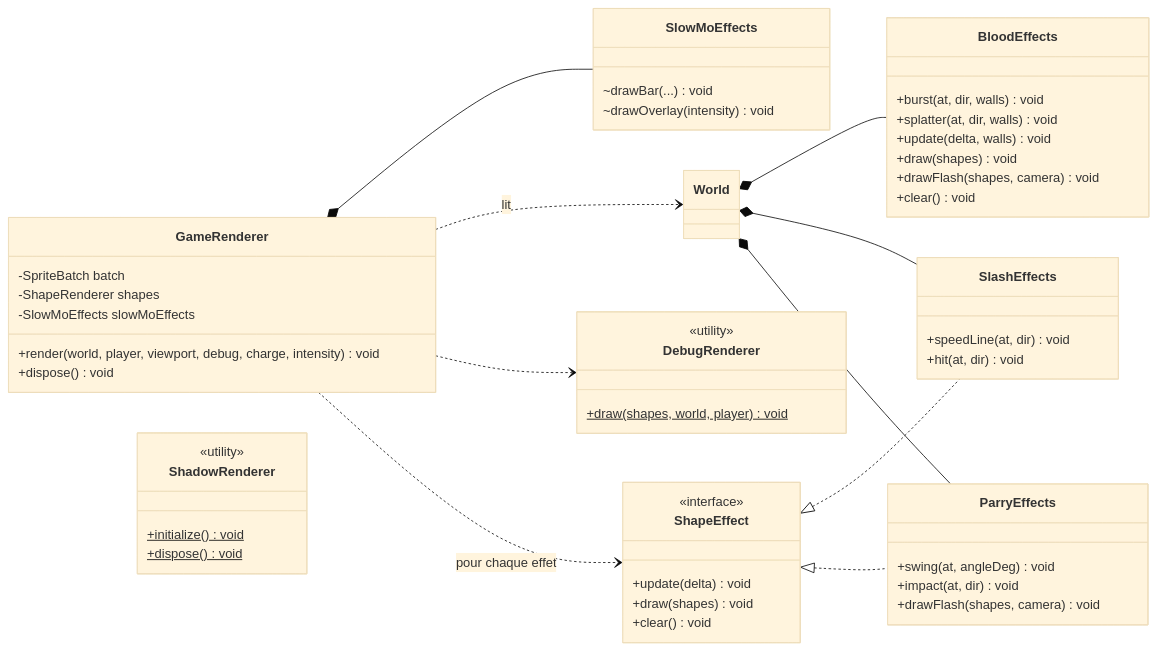
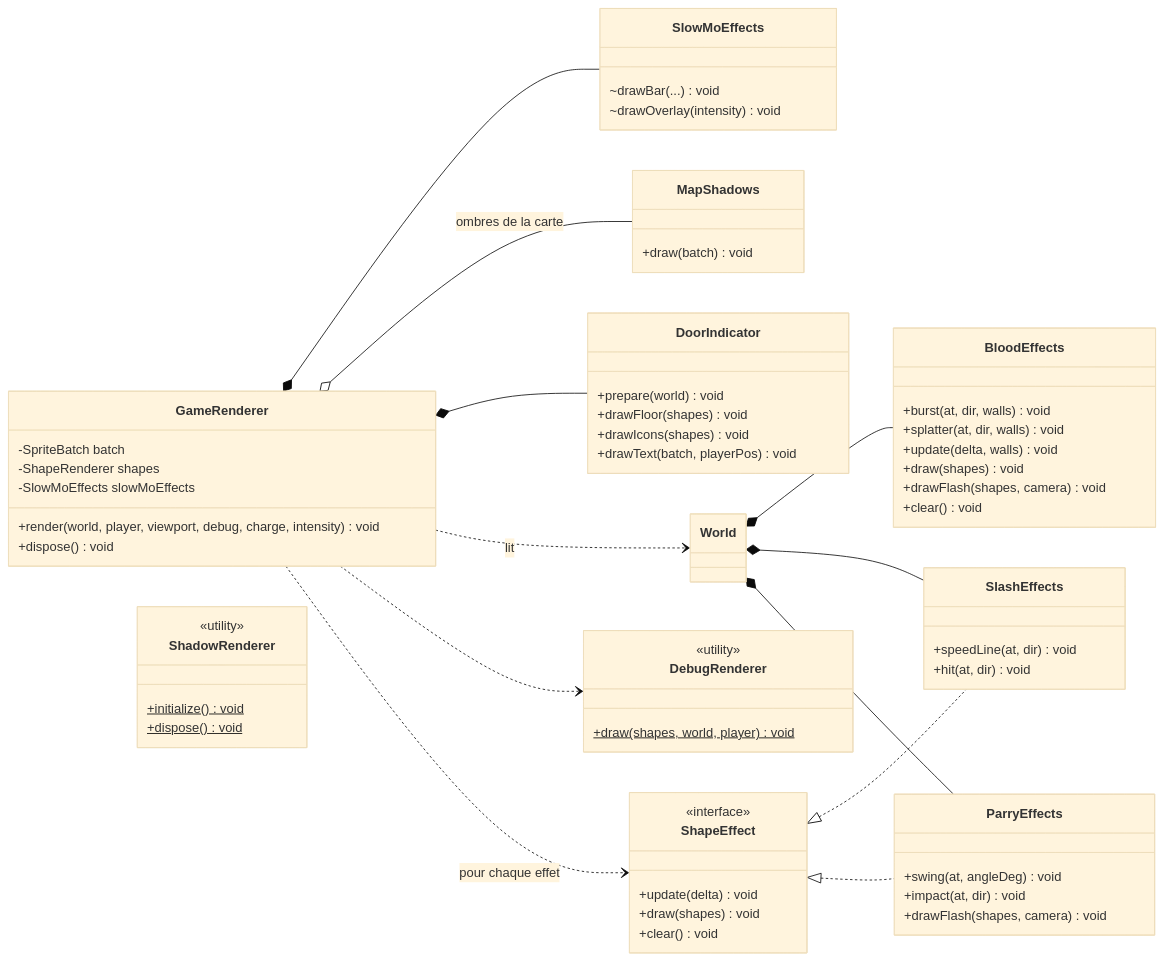
Before and after one commit to pixel-chrome/2D_game: the seventh of 15 diagrams in docs/UML.md, drawn with Mermaid (base theme). The commit also changed other lines of this file and 6 other files, not shown here.

````diff
--- a/docs/UML.md
+++ b/docs/UML.md
@@ -572,60 +598,71 @@
 ```mermaid
 classDiagram
     direction LR
 
     class ShapeEffect {
         <<interface>>
         +update(delta) void
         +draw(shapes) void
         +clear() void
     }
 
     class SlashEffects {
         +speedLine(at, dir) void
         +hit(at, dir) void
     }
     class ParryEffects {
         +swing(at, angleDeg) void
         +impact(at, dir) void
         +drawFlash(shapes, camera) void
     }
     class BloodEffects {
         +burst(at, dir, walls) void
         +splatter(at, dir, walls) void
         +update(delta, walls) void
         +draw(shapes) void
         +drawFlash(shapes, camera) void
         +clear() void
     }
 
     class GameRenderer {
         -SpriteBatch batch
         -ShapeRenderer shapes
         -SlowMoEffects slowMoEffects
         +render(world, player, viewport, debug, charge, intensity) void
         +dispose() void
     }
+    class MapShadows {
+        +draw(batch) void
+    }
+    class DoorIndicator {
+        +prepare(world) void
+        +drawFloor(shapes) void
+        +drawIcons(shapes) void
+        +drawText(batch, playerPos) void
+    }
     class SlowMoEffects {
         ~drawBar(...) void
         ~drawOverlay(intensity) void
     }
     class ShadowRenderer {
         <<utility>>
         +initialize()$ void
         +dispose()$ void
     }
     class DebugRenderer {
         <<utility>>
         +draw(shapes, world, player)$ void
     }
 
     ShapeEffect <|.. SlashEffects
     ShapeEffect <|.. ParryEffects
     GameRenderer *-- SlowMoEffects
+    GameRenderer o-- MapShadows : ombres de la carte
+    GameRenderer *-- DoorIndicator
     GameRenderer ..> World : lit
     GameRenderer ..> DebugRenderer
     GameRenderer ..> ShapeEffect : pour chaque effet
     World *-- BloodEffects
     World *-- SlashEffects
     World *-- ParryEffects
 ```
````
